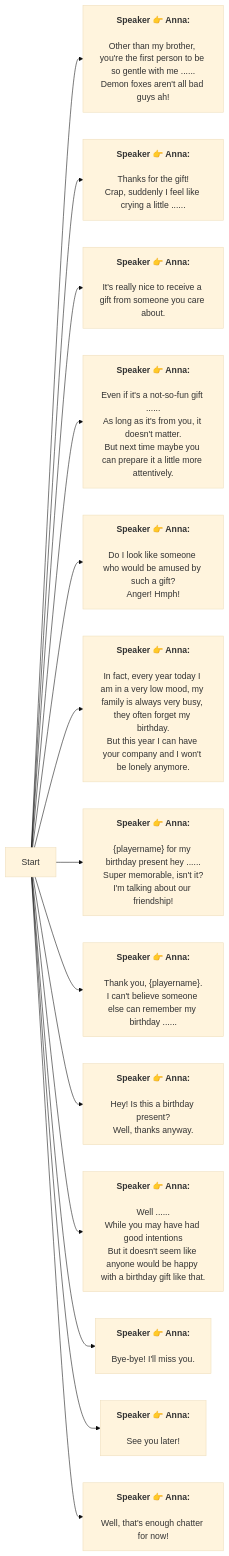
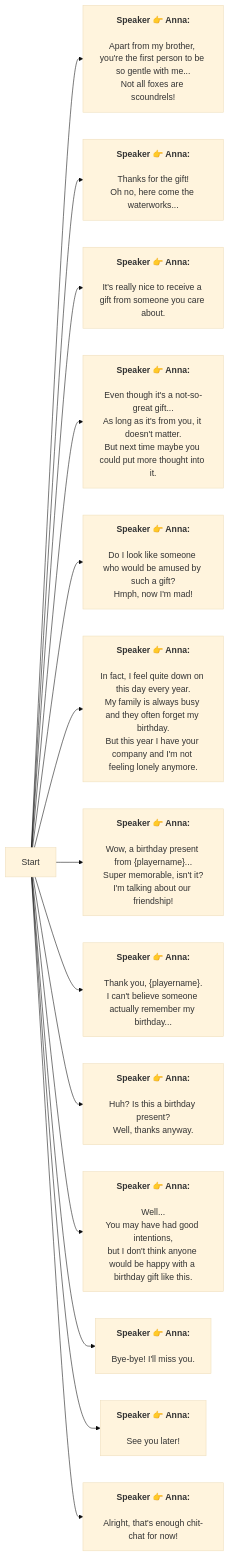
The diagram in En/Anji.md (SoftHu/tos_avg), drawn with Mermaid (base theme) before and after one commit. The commit also changed 312 other files, not shown here.

````diff
--- a/En/Anji.md
+++ b/En/Anji.md
@@ -1,55 +1,56 @@
 ```mermaid
 graph LR
 Start -->1763317949160131[<b>Speaker 👉 Anna:</b>
 
-Other than my brother, you're the first person to be so gentle with me ......
-Demon foxes aren't all bad guys ah!]
+Apart from my brother, you're the first person to be so gentle with me...
+Not all foxes are scoundrels!]
 Start -->1763317949160133[<b>Speaker 👉 Anna:</b>
 
 Thanks for the gift!
-Crap, suddenly I feel like crying a little ......]
+Oh no, here come the waterworks...]
 Start -->1763317949161159[<b>Speaker 👉 Anna:</b>
 
 It's really nice to receive a gift from someone you care about.]
 Start -->1763317949161161[<b>Speaker 👉 Anna:</b>
 
-Even if it's a not-so-fun gift ......
+Even though it's a not-so-great gift...
 As long as it's from you, it doesn't matter.
-But next time maybe you can prepare it a little more attentively.]
+But next time maybe you could put more thought into it.]
 Start -->1763317949162187[<b>Speaker 👉 Anna:</b>
 
 Do I look like someone who would be amused by such a gift?
-Anger! Hmph!]
+Hmph, now I'm mad!]
 Start -->1763317949162189[<b>Speaker 👉 Anna:</b>
 
-In fact, every year today I am in a very low mood, my family is always very busy, they often forget my birthday.
-But this year I can have your company and I won't be lonely anymore.]
+In fact, I feel quite down on this day every year.
+My family is always busy and they often forget my birthday.
+But this year I have your company and I'm not feeling lonely anymore.]
 Start -->1763317949163215[<b>Speaker 👉 Anna:</b>
 
-&lbrace;playername&rbrace; for my birthday present hey ......
+Wow, a birthday present from &lbrace;playername&rbrace;...
 Super memorable, isn't it?
 I'm talking about our friendship!]
 Start -->1763317949163217[<b>Speaker 👉 Anna:</b>
 
 Thank you, &lbrace;playername&rbrace;.
-I can't believe someone else can remember my birthday ......]
+I can't believe someone actually remember my birthday...]
 Start -->1763317949163219[<b>Speaker 👉 Anna:</b>
 
-Hey! Is this a birthday present?
+Huh? Is this a birthday present?
 Well, thanks anyway.]
 Start -->1763317949164245[<b>Speaker 👉 Anna:</b>
 
-Well ......
-While you may have had good intentions
-But it doesn't seem like anyone would be happy with a birthday gift like that.]
+Well...
+You may have had good intentions,
+but I don't think anyone would be happy with a birthday gift like this.]
 Start -->1763317949164247[<b>Speaker 👉 Anna:</b>
 
 Bye-bye! I'll miss you.]
 Start -->1763317949164249[<b>Speaker 👉 Anna:</b>
 
 See you later!]
 Start -->1763317949165275[<b>Speaker 👉 Anna:</b>
 
-Well, that's enough chatter for now!]
+Alright, that's enough chit-chat for now!]
 
  ```
````
